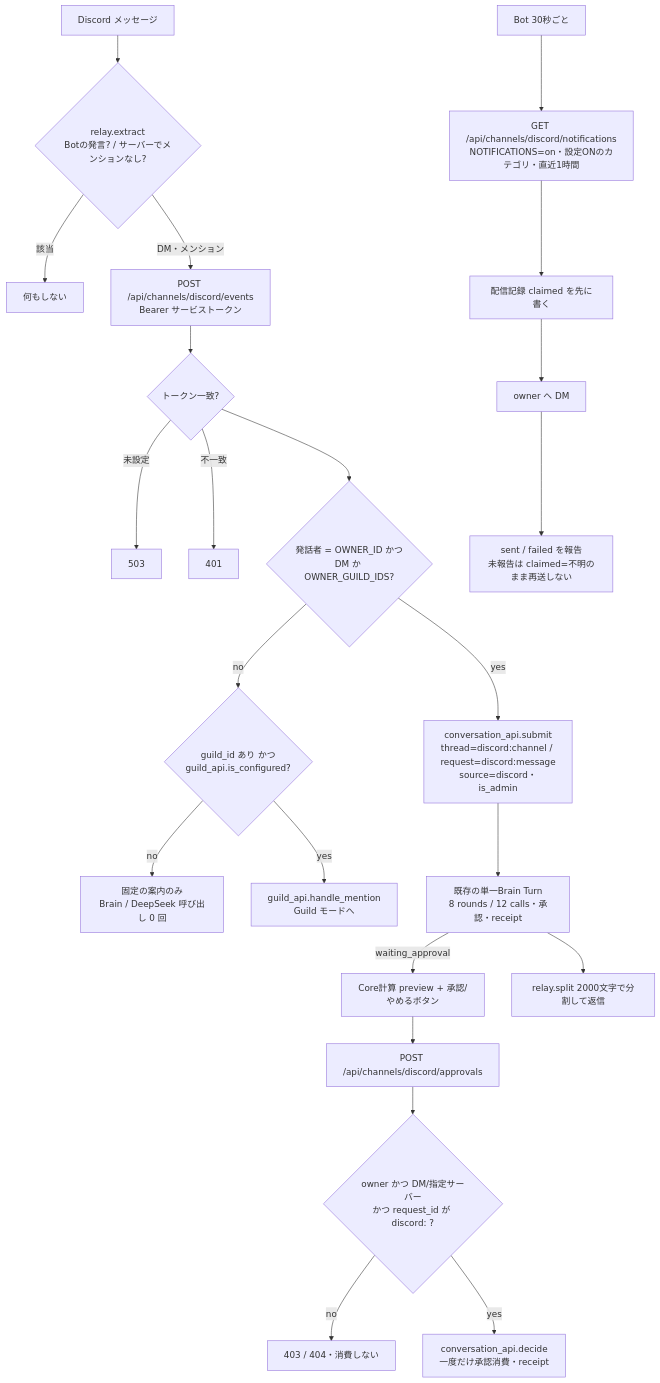
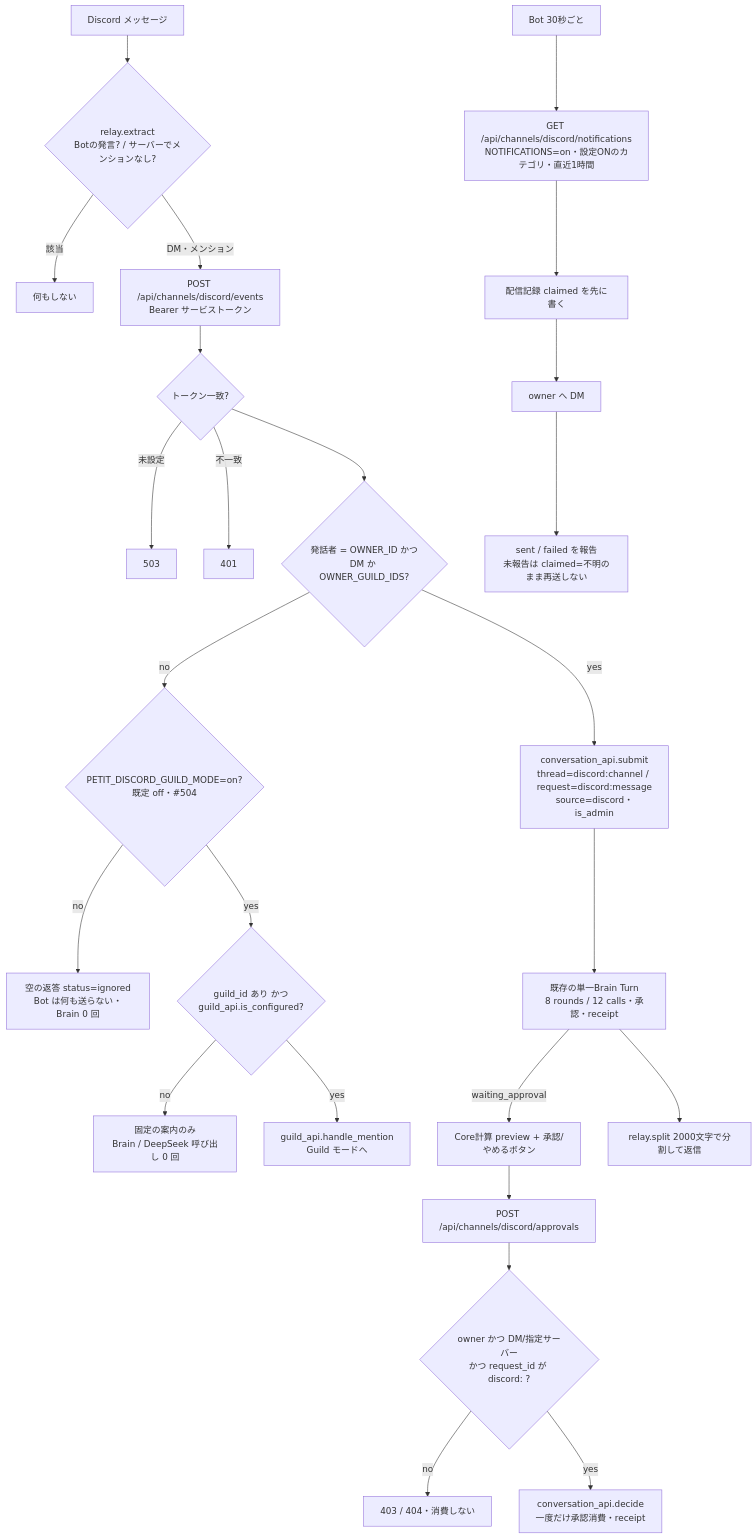
The tenth of 48 diagrams in docs/runtime-flows.md (Soso2e/PETIT), drawn with Mermaid before and after one commit. The commit also changed other lines of this file and 29 other files, not shown here.

````diff
--- a/docs/runtime-flows.md
+++ b/docs/runtime-flows.md
@@ -248,25 +248,27 @@
 ```mermaid
 flowchart TD
     Msg[Discord メッセージ] --> Extract{relay.extract<br/>Botの発言? / サーバーでメンションなし?}
     Extract -->|該当| Silent[何もしない]
     Extract -->|DM・メンション| Post[POST /api/channels/discord/events<br/>Bearer サービストークン]
     Post --> Auth{トークン一致?}
     Auth -->|未設定| E503[503]
     Auth -->|不一致| E401[401]
     Auth --> Mode{発話者 = OWNER_ID かつ<br/>DM か OWNER_GUILD_IDS?}
-    Mode -->|no| GuildCheck{guild_id あり かつ<br/>guild_api.is_configured?}
+    Mode -->|no| GuildOn{PETIT_DISCORD_GUILD_MODE=on?<br/>既定 off・#504}
+    GuildOn -->|no| Ignore[空の返答 status=ignored<br/>Bot は何も送らない・Brain 0 回]
+    GuildOn -->|yes| GuildCheck{guild_id あり かつ<br/>guild_api.is_configured?}
     GuildCheck -->|no| Guide[固定の案内のみ<br/>Brain / DeepSeek 呼び出し 0 回]
     GuildCheck -->|yes| GuildMention[guild_api.handle_mention<br/>Guild モードへ]
     Mode -->|yes| Submit[conversation_api.submit<br/>thread=discord:channel / request=discord:message<br/>source=discord・is_admin]
     Submit --> Turn[既存の単一Brain Turn<br/>8 rounds / 12 calls・承認・receipt]
     Turn -->|waiting_approval| Buttons[Core計算 preview + 承認/やめるボタン]
     Turn --> Split[relay.split 2000文字で分割して返信]
     Buttons --> Press[POST /api/channels/discord/approvals]
     Press --> Check{owner かつ DM/指定サーバー<br/>かつ request_id が discord: ?}
     Check -->|no| Deny[403 / 404・消費しない]
     Check -->|yes| Decide[conversation_api.decide<br/>一度だけ承認消費・receipt]
     Poll[Bot 30秒ごと] --> Claim[GET /api/channels/discord/notifications<br/>NOTIFICATIONS=on・設定ONのカテゴリ・直近1時間]
     Claim --> Mark[配信記録 claimed を先に書く]
     Mark --> DM[owner へ DM]
     DM --> Report[sent / failed を報告<br/>未報告は claimed=不明のまま再送しない]
 ```
````
